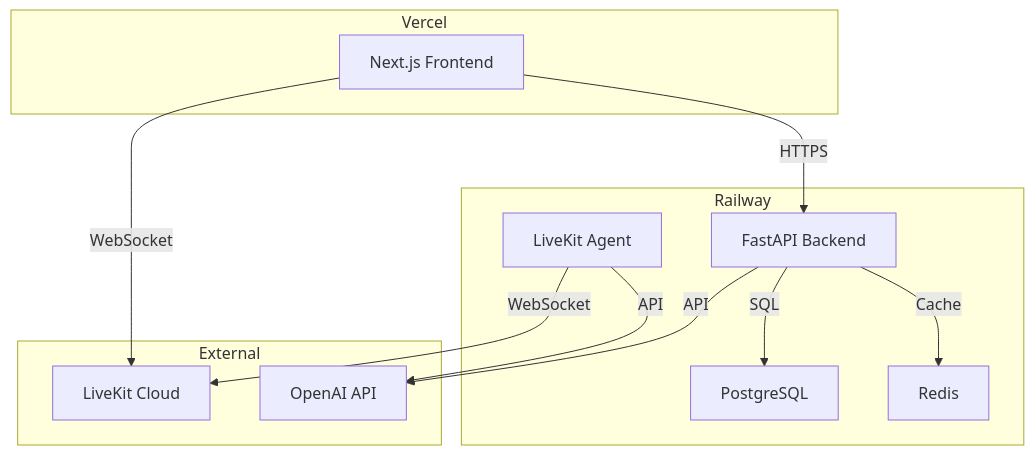
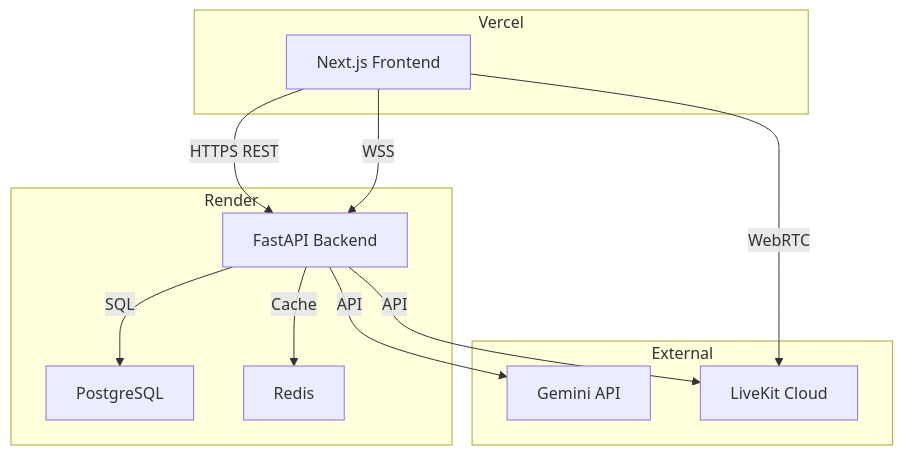
One commit to M0nGKol/SomPheas-AI-Interviewer changed the diagram in docs/DEPLOYMENT.md. Above: the diagram before and after it, drawn with Mermaid. The commit also changed other lines of this file and 4 other files, not shown here.

````diff
--- a/docs/DEPLOYMENT.md
+++ b/docs/DEPLOYMENT.md
@@ -10,26 +8,25 @@
 ```mermaid
 graph TB
-    subgraph Vercel["Vercel"]
+    subgraph Vercel
         FE[Next.js Frontend]
     end
 
-    subgraph Railway["Railway"]
+    subgraph Render
         API[FastAPI Backend]
-        AGENT[LiveKit Agent]
         DB[PostgreSQL]
         REDIS[Redis]
     end
 
-    subgraph External["External"]
+    subgraph External
         LK[LiveKit Cloud]
-        OPENAI[OpenAI API]
+        GEMINI[Gemini API]
     end
 
-    FE -->|HTTPS| API
-    FE -->|WebSocket| LK
+    FE -->|HTTPS REST| API
+    FE -->|WSS| API
+    FE -->|WebRTC| LK
     API -->|SQL| DB
     API -->|Cache| REDIS
-    AGENT -->|WebSocket| LK
-    AGENT -->|API| OPENAI
-    API -->|API| OPENAI
+    API -->|API| GEMINI
+    API -->|API| LK
 ```
````
